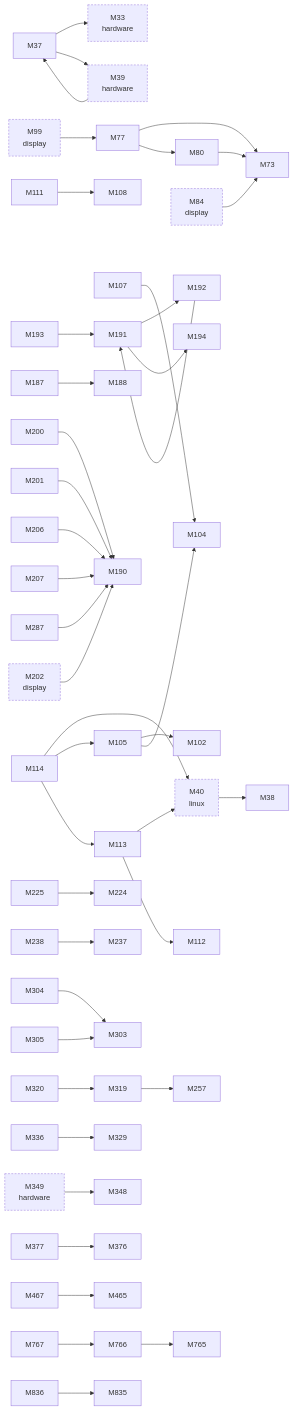
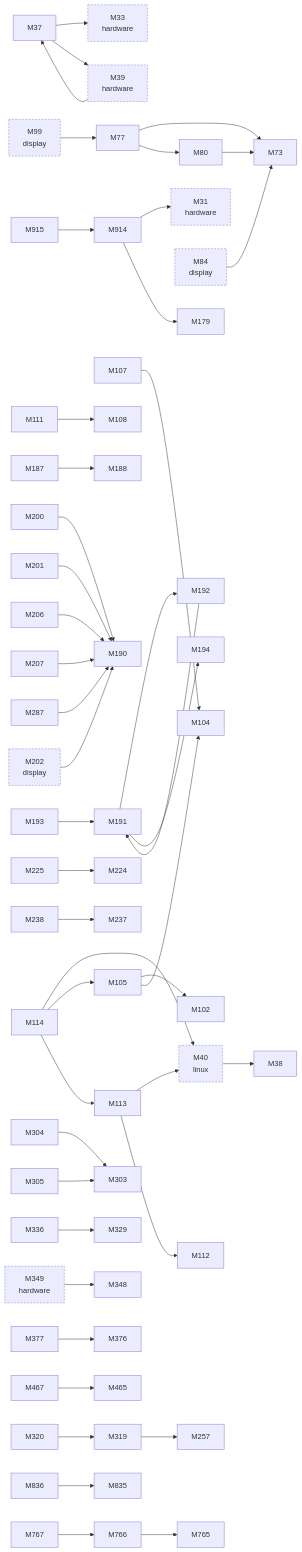
One commit to D-Ogi/amdgpu-wddm changed the third of 3 diagrams in docs/facts/graphs/kmd.md. Above: the diagram before and after it, drawn with Mermaid. The commit also changed 8 other files, not shown here.

````diff
--- a/docs/facts/graphs/kmd.md
+++ b/docs/facts/graphs/kmd.md
@@ -233,5 +233,6 @@
 ```mermaid
 flowchart LR
+  M31["M31<br/>hardware"]
   M33["M33<br/>hardware"]
   M37["M37"]
   M38["M38"]
@@ -251,6 +252,7 @@
   M112["M112"]
   M113["M113"]
   M114["M114"]
+  M179["M179"]
   M187["M187"]
   M188["M188"]
   M190["M190"]
@@ -287,6 +289,8 @@
   M767["M767"]
   M835["M835"]
   M836["M836"]
+  M914["M914"]
+  M915["M915"]
   M39 --> M37
   M349 --> M348
   M37 --> M33
@@ -325,10 +329,13 @@
   M766 --> M765
   M767 --> M766
   M836 --> M835
+  M914 --> M31
+  M914 --> M179
+  M915 --> M914
   M84 --> M73
   M99 --> M77
   M202 --> M190
   M40 --> M38
   classDef other stroke-dasharray:4 3
-  class M33,M39,M40,M84,M99,M202,M349 other
+  class M31,M33,M39,M40,M84,M99,M202,M349 other
 ```
````
